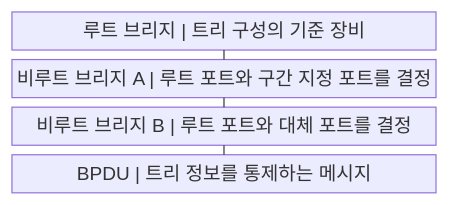
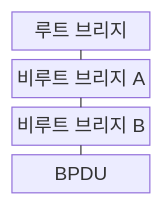
The first of 2 diagrams in src/content/docs/notes/04-network/017_stp_rstp_loop_prevention.md (agnusdei1207/knowledge-base), drawn with Mermaid before and after one commit. The commit also changed other lines of this file and 122 other files, not shown here.

````diff
--- a/src/content/docs/notes/04-network/017_stp_rstp_loop_prevention.md
+++ b/src/content/docs/notes/04-network/017_stp_rstp_loop_prevention.md
@@ -60,11 +60,11 @@
 ```mermaid
-block
+block-beta
     columns 1
-    A["루트 브리지 | 트리 구성의 기준 장비"]
-    B["비루트 브리지 A | 루트 포트와 구간 지정 포트를 결정"]
-    C["비루트 브리지 B | 루트 포트와 대체 포트를 결정"]
-    D["BPDU | 트리 정보를 통제하는 메시지"]
+    A["루트 브리지"]
+    B["비루트 브리지 A"]
+    C["비루트 브리지 B"]
+    D["BPDU"]
     A --- B
     B --- C
     C --- D
 ```
````
